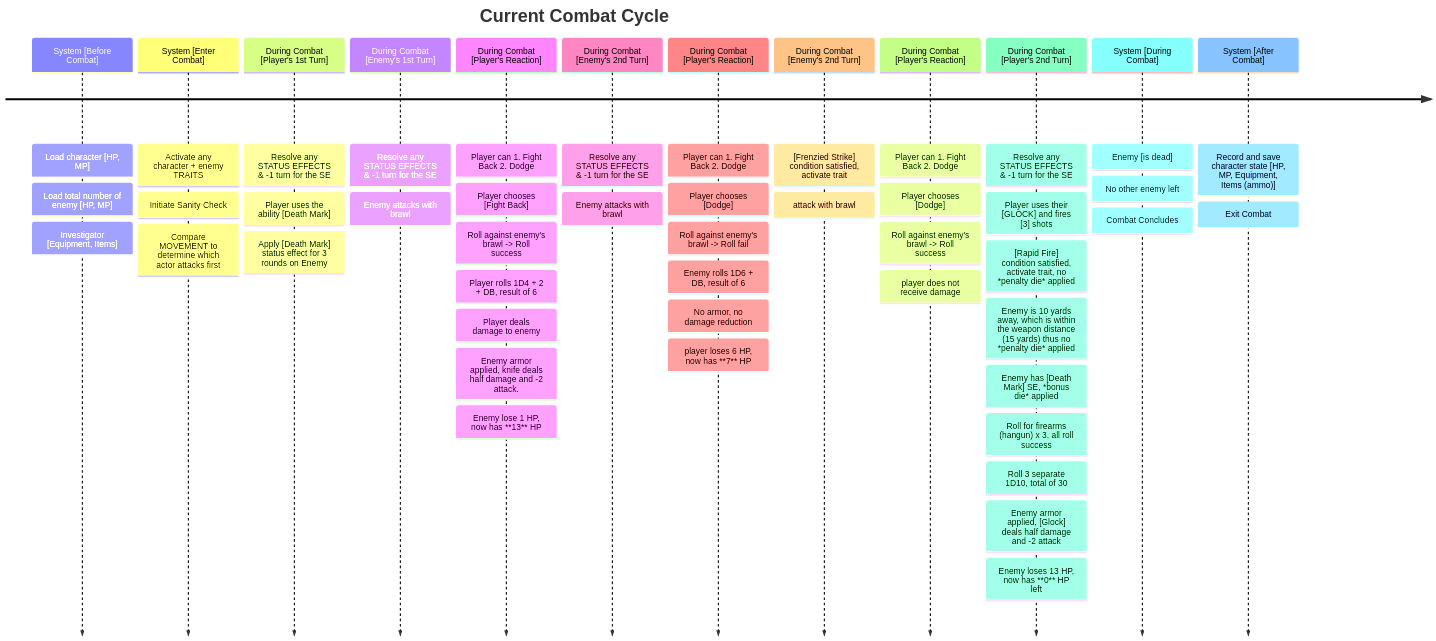
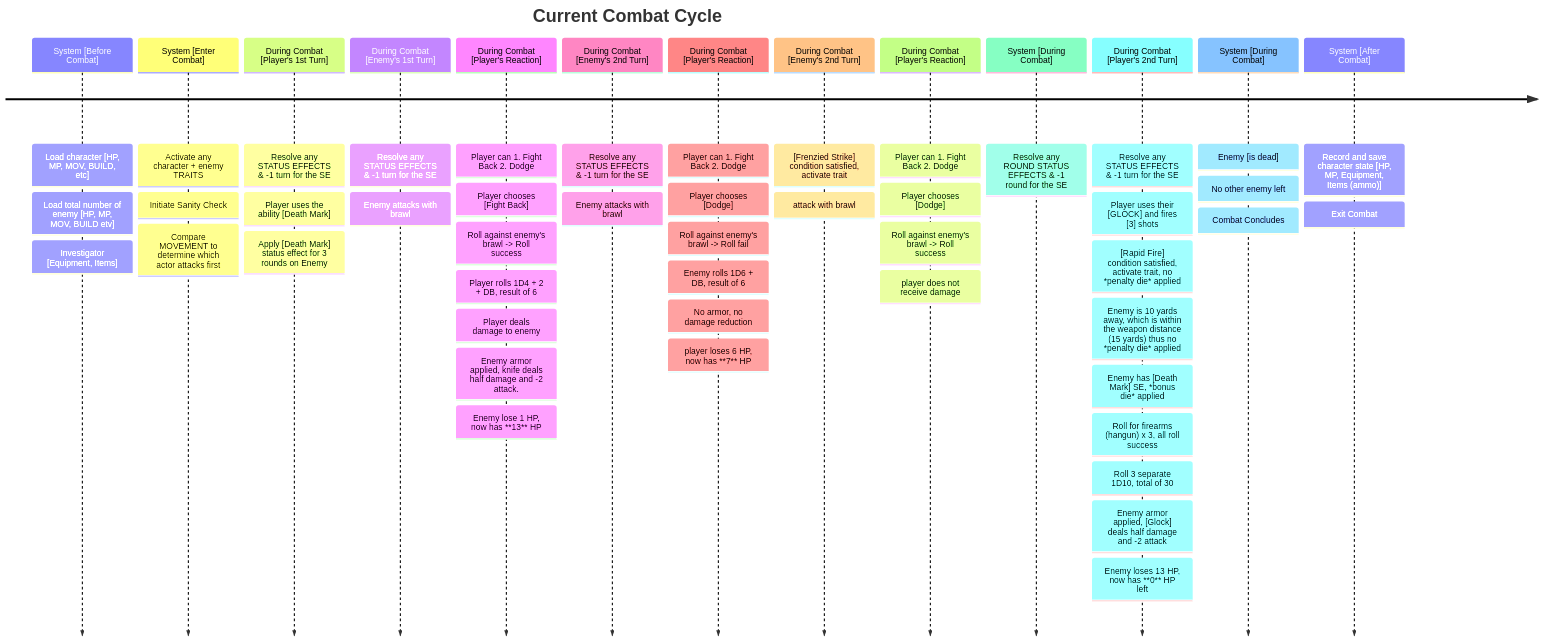
Before and after one commit to rolling-sagas/rs-doc: the first of 2 diagrams in data_structure/README.md, drawn with Mermaid. The commit also changed other lines of this file and 4 other files, not shown here.

````diff
--- a/data_structure/README.md
+++ b/data_structure/README.md
@@ -41,63 +41,65 @@
 ```mermaid
     timeline
     title Current Combat Cycle
 
     System [Before Combat]
-                                        : Load character [HP, MP]
-                                        : Load total number of enemy [HP, MP]
+                                        : Load character [HP, MP, MOV, BUILD, etc]
+                                        : Load total number of enemy [HP, MP, MOV, BUILD etv]
                                         : Investigator [Equipment, Items]
     System [Enter Combat]
                                         : Activate any character + enemy TRAITS
                                         : Initiate Sanity Check
                                         : Compare MOVEMENT to determine which actor attacks first
     During Combat [Player's 1st Turn]
                                         : Resolve any STATUS EFFECTS & -1 turn for the SE
                                         : Player uses the ability [Death Mark]
                                         : Apply [Death Mark] status effect for 3 rounds on Enemy
     During Combat [Enemy's 1st Turn]
                                         : Resolve any STATUS EFFECTS & -1 turn for the SE
                                         : Enemy attacks with brawl
     During Combat [Player's Reaction]
                                         : Player can 1. Fight Back 2. Dodge
                                         : Player chooses [Fight Back]
                                         : Roll against enemy's brawl -> Roll success
                                         : Player rolls 1D4 + 2 + DB, result of 6
                                         : Player deals damage to enemy
                                         : Enemy armor applied, knife deals half damage and -2 attack.
                                         : Enemy lose 1 HP, now has **13** HP
     During Combat [Enemy's 2nd Turn]
                                         : Resolve any STATUS EFFECTS & -1 turn for the SE
                                         : Enemy attacks with brawl
     During Combat [Player's Reaction]
                                         : Player can 1. Fight Back 2. Dodge
                                         : Player chooses [Dodge]
                                         : Roll against enemy's brawl -> Roll fail
                                         : Enemy rolls 1D6 + DB, result of 6
                                         : No armor, no damage reduction
                                         : player loses 6 HP, now has **7** HP 
     During Combat [Enemy's 2nd Turn]
                                         : [Frenzied Strike] condition satisfied, activate trait
                                         : attack with brawl
     During Combat [Player's Reaction]
                                         : Player can 1. Fight Back 2. Dodge
                                         : Player chooses [Dodge]
                                         : Roll against enemy's brawl -> Roll success
                                         : player does not receive damage
+    System [During Combat]
+                                        : Resolve any ROUND STATUS EFFECTS & -1 round for the SE
     During Combat [Player's 2nd Turn]
                                         : Resolve any STATUS EFFECTS & -1 turn for the SE
                                         : Player uses their [GLOCK] and fires [3] shots
                                         : [Rapid Fire] condition satisfied, activate trait, no *penalty die* applied
                                         : Enemy is 10 yards away, which is within the weapon distance (15 yards) thus no *penalty die* applied
                                         : Enemy has [Death Mark] SE, *bonus die* applied
                                         : Roll for firearms (hangun) x 3, all roll success
                                         : Roll 3 separate 1D10, total of 30
                                         : Enemy armor applied, [Glock] deals half damage and -2 attack
                                         : Enemy loses 13 HP, now has **0** HP left
     System [During Combat]
                                         : Enemy [is dead]
                                         : No other enemy left
                                         : Combat Concludes
     System [After Combat]
                                         : Record and save character state [HP, MP, Equipment, Items (ammo)]
                                         : Exit Combat
 ```
````
